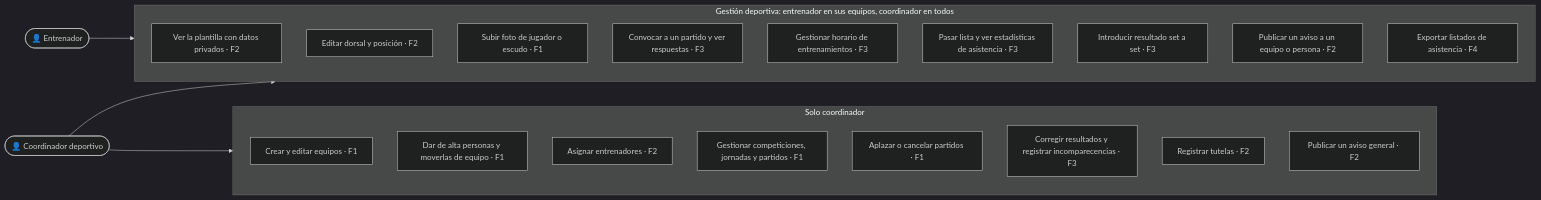
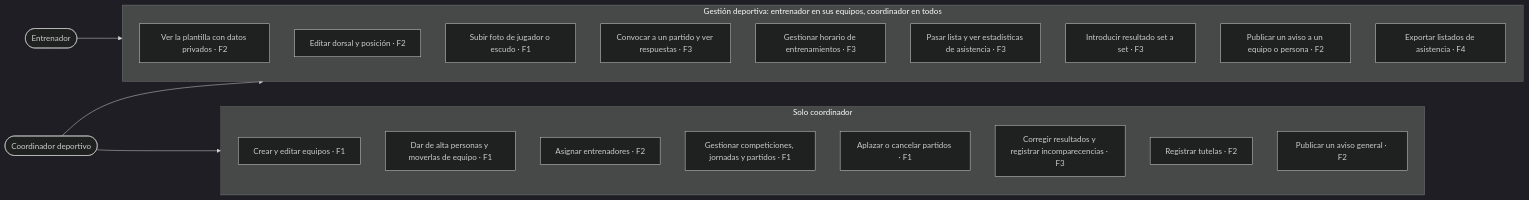
One commit to RodrigoSanmartinAlaejos/los-chicharros-vc changed the third of 4 diagrams in docs/06-diagramas/casos-de-uso.md. Above: the diagram before and after it, drawn with Mermaid (dark theme). The commit also changed other lines of this file and 9 other files, not shown here.

Commit message:
docs(diagrams): add phase 1 sequence and state diagrams (#79)

````diff
--- a/docs/06-diagramas/casos-de-uso.md
+++ b/docs/06-diagramas/casos-de-uso.md
@@ -57,29 +57,29 @@
 ```mermaid
 flowchart LR
-    E(["👤 Entrenador"])
-    C(["👤 Coordinador deportivo"])
+    E(["Entrenador"])
+    C(["Coordinador deportivo"])
     subgraph DEP [Gestión deportiva: entrenador en sus equipos, coordinador en todos]
         D1["Ver la plantilla con datos privados · F2"]
         D2["Editar dorsal y posición · F2"]
         D3["Subir foto de jugador o escudo · F1"]
         D4["Convocar a un partido y ver respuestas · F3"]
         D5["Gestionar horario de entrenamientos · F3"]
         D6["Pasar lista y ver estadísticas de asistencia · F3"]
         D7["Introducir resultado set a set · F3"]
         D8["Publicar un aviso a un equipo o persona · F2"]
         D9["Exportar listados de asistencia · F4"]
     end
     subgraph COO [Solo coordinador]
         K1["Crear y editar equipos · F1"]
         K2["Dar de alta personas y moverlas de equipo · F1"]
         K3["Asignar entrenadores · F2"]
         K4["Gestionar competiciones, jornadas y partidos · F1"]
         K5["Aplazar o cancelar partidos · F1"]
         K6["Corregir resultados y registrar incomparecencias · F3"]
         K7["Registrar tutelas · F2"]
         K8["Publicar un aviso general · F2"]
     end
     E --> DEP
     C --> DEP
     C --> COO
 ```
````
